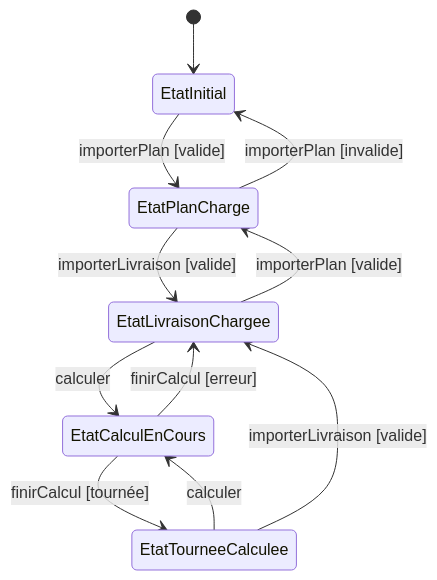
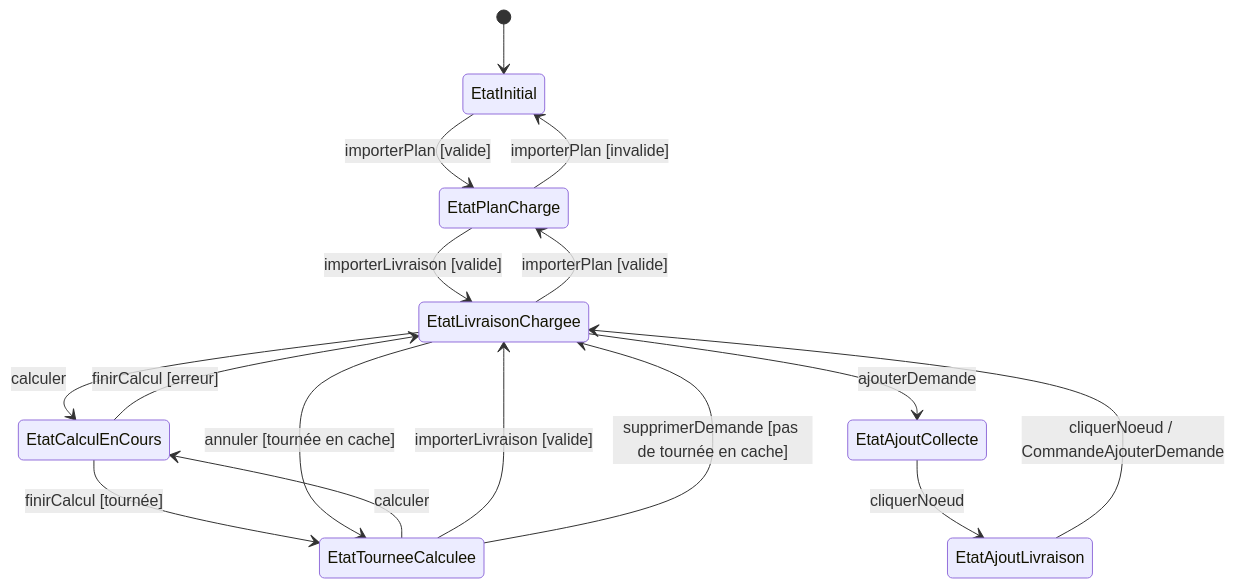
The third of 8 diagrams in docs/diagrams/README.md (tristanhp/Optimod-Lyon), drawn with Mermaid before and after one commit. The commit also changed other lines of this file and 25 other files, not shown here.

````diff
--- a/docs/diagrams/README.md
+++ b/docs/diagrams/README.md
@@ -132,13 +132,18 @@
 ```mermaid
 stateDiagram-v2
     [*] --> EtatInitial
     EtatInitial --> EtatPlanCharge : importerPlan [valide]
     EtatPlanCharge --> EtatLivraisonChargee : importerLivraison [valide]
     EtatLivraisonChargee --> EtatCalculEnCours : calculer
     EtatCalculEnCours --> EtatTourneeCalculee : finirCalcul [tournée]
     EtatCalculEnCours --> EtatLivraisonChargee : finirCalcul [erreur]
     EtatTourneeCalculee --> EtatCalculEnCours : calculer
     EtatTourneeCalculee --> EtatLivraisonChargee : importerLivraison [valide]
     EtatPlanCharge --> EtatInitial : importerPlan [invalide]
     EtatLivraisonChargee --> EtatPlanCharge : importerPlan [valide]
+    EtatLivraisonChargee --> EtatAjoutCollecte : ajouterDemande
+    EtatAjoutCollecte --> EtatAjoutLivraison : cliquerNoeud
+    EtatAjoutLivraison --> EtatLivraisonChargee : cliquerNoeud / CommandeAjouterDemande
+    EtatTourneeCalculee --> EtatLivraisonChargee : supprimerDemande [pas de tournée en cache]
+    EtatLivraisonChargee --> EtatTourneeCalculee : annuler [tournée en cache]
 ```
````
